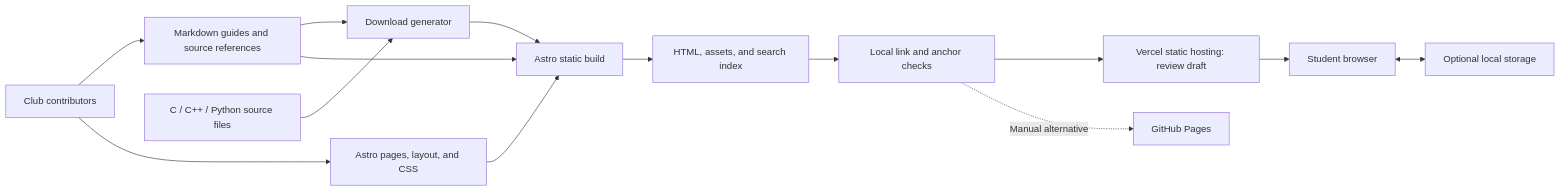
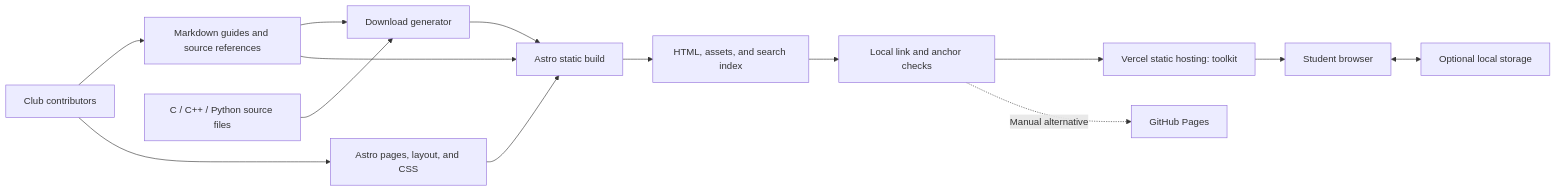
One commit to SeanixReal/icpep-starter changed the first of 2 diagrams in docs/architecture.md. Above: the diagram before and after it, drawn with Mermaid. The commit also changed other lines of this file and 33 other files, not shown here.

````diff
--- a/docs/architecture.md
+++ b/docs/architecture.md
@@ -7,16 +7,16 @@
 ```mermaid
 flowchart LR
     Club[Club contributors] --> MD[Markdown guides and source references]
     Club --> UI[Astro pages, layout, and CSS]
     Samples[C / C++ / Python source files] --> Downloads[Download generator]
     MD --> Downloads
     MD --> Astro[Astro static build]
     UI --> Astro
     Downloads --> Astro
     Astro --> HTML[HTML, assets, and search index]
     HTML --> Checks[Local link and anchor checks]
-    Checks --> Host[Vercel static hosting: review draft]
+    Checks --> Host[Vercel static hosting: toolkit]
     Checks -. Manual alternative .-> Pages[GitHub Pages]
     Host --> Reader[Student browser]
     Reader <--> Local[Optional local storage]
 ```
````
